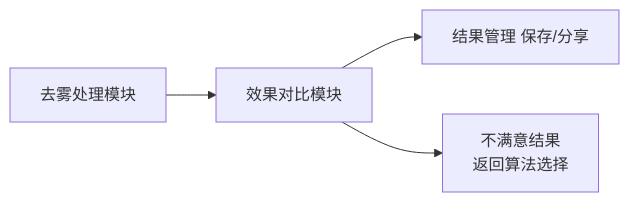
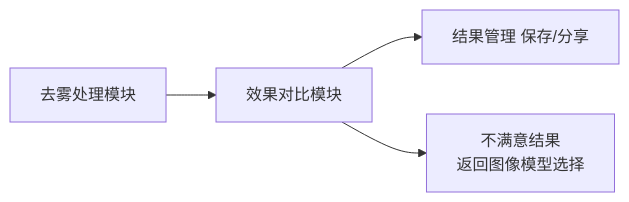
Before and after one commit to earthy-zinc/dehaze-system: the first of 2 diagrams in dehaze-doc/docs/03-模块设计/核心模块/效果对比/需求规格.md, drawn with Mermaid. The commit also changed other lines of this file and 239 other files, not shown here.

````diff
--- a/dehaze-doc/docs/03-模块设计/核心模块/效果对比/需求规格.md
+++ b/dehaze-doc/docs/03-模块设计/核心模块/效果对比/需求规格.md
@@ -30,6 +30,6 @@
 ```mermaid
 flowchart LR
     A[去雾处理模块] --> B[效果对比模块]
     B --> C[结果管理 保存/分享]
-    B --> D[不满意结果<br/>返回算法选择]
+    B --> D[不满意结果<br/>返回图像模型选择]
 ```
````
